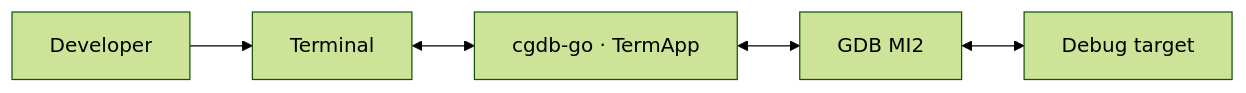
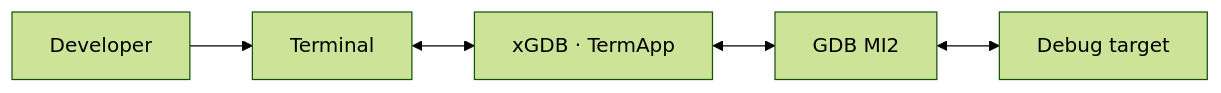
One commit to yairgd/gdbforge changed the first of 7 diagrams in docs/ARCHITECTURE.md. Above: the diagram before and after it, drawn with Mermaid (forest theme). The commit also changed other lines of this file and 87 other files, not shown here.

First line of the commit message:
Rename module and docs from cgdb-go to xGDB/gdbx.

````diff
--- a/docs/ARCHITECTURE.md
+++ b/docs/ARCHITECTURE.md
@@ -40,13 +40,13 @@
 ```mermaid
 flowchart LR
     User["Developer"]
     Term["Terminal"]
-    cgdb-go["cgdb-go · TermApp"]
+    xGDB["xGDB · TermApp"]
     GDB["GDB MI2"]
     Target["Debug target"]
 
     User --> Term
-    Term <--> cgdb-go
-    cgdb-go <--> GDB
+    Term <--> xGDB
+    xGDB <--> GDB
     GDB <--> Target
 ```
````
